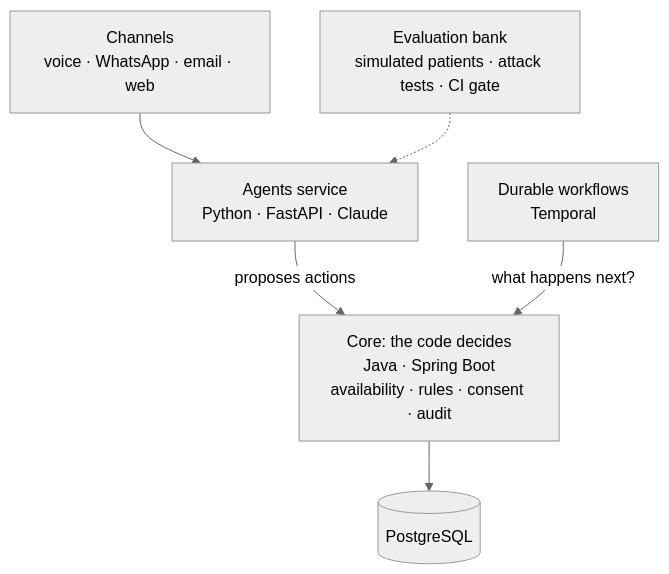
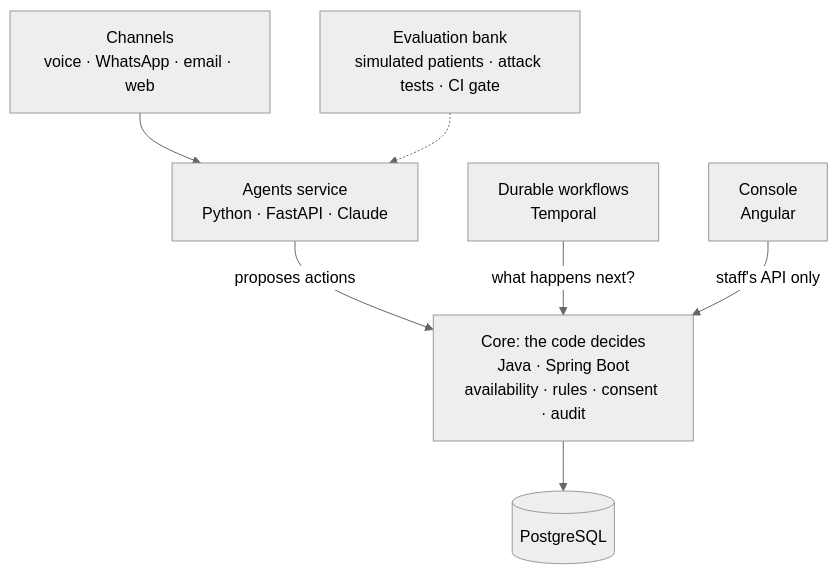
One commit to rnachoc/turno changed the diagram in README.md. Above: the diagram before and after it, drawn with Mermaid (neutral theme). The commit also changed other lines of this file and 48 other files, not shown here.

````diff
--- a/README.md
+++ b/README.md
@@ -16,8 +16,9 @@
 ```mermaid
 flowchart TD
     channels["Channels<br/>voice · WhatsApp · email · web"] --> agents
     agents["Agents service<br/>Python · FastAPI · Claude"] -- "proposes actions" --> core
     core["Core: the code decides<br/>Java · Spring Boot<br/>availability · rules · consent · audit"] --> db[("PostgreSQL")]
     flows["Durable workflows<br/>Temporal"] -- "what happens next?" --> core
+    console["Console<br/>Angular"] -- "staff's API only" --> core
     evals["Evaluation bank<br/>simulated patients · attack tests · CI gate"] -.-> agents
 ```
````
